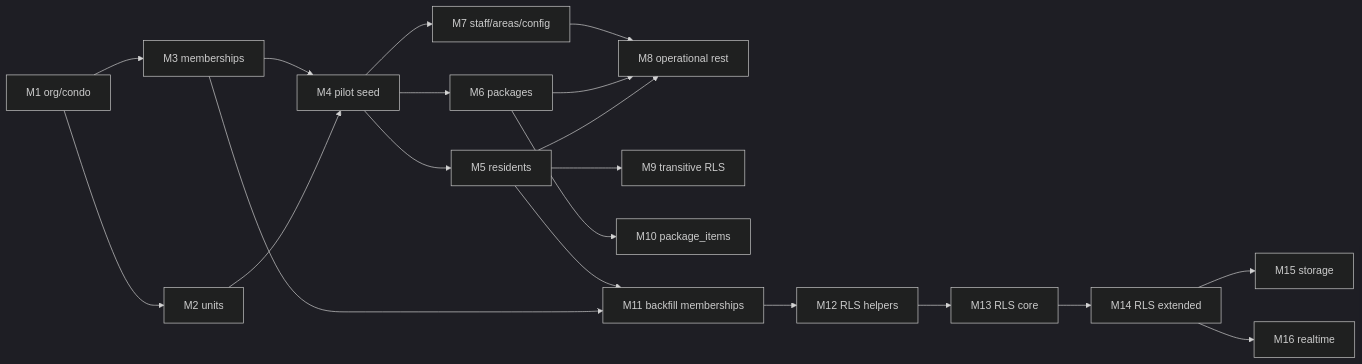
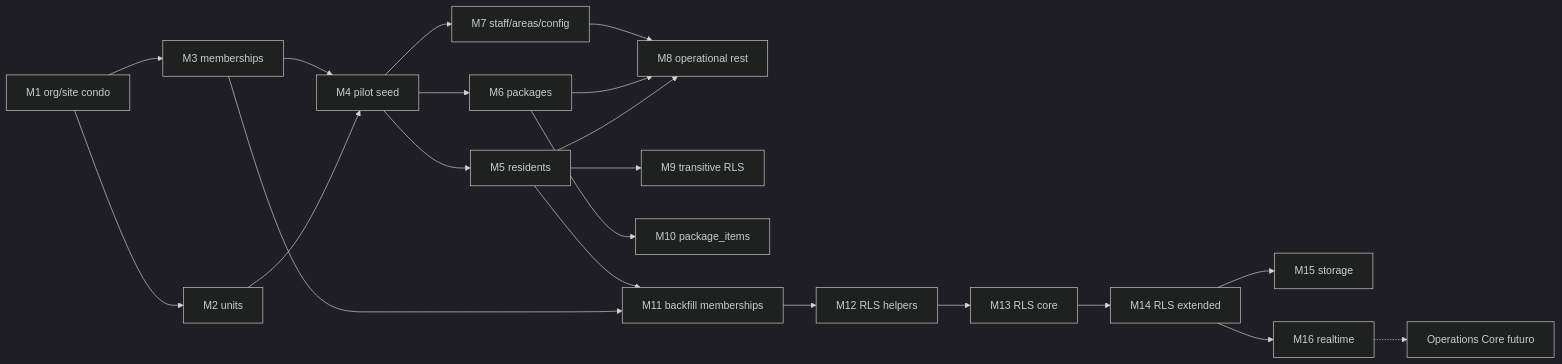
Before and after one commit to agentesian8nautomacao-cyber/App-Qualivida: the diagram in docs/FASE-1-MIGRATION-PLAN.md, drawn with Mermaid (dark theme). The commit also changed other lines of this file and 47 other files, not shown here.

````diff
--- a/docs/FASE-1-MIGRATION-PLAN.md
+++ b/docs/FASE-1-MIGRATION-PLAN.md
@@ -27,22 +44,23 @@
 ```mermaid
 flowchart LR
-  M1[M1 org/condo] --> M2[M2 units]
+  M1[M1 org/site condo] --> M2[M2 units]
   M1 --> M3[M3 memberships]
   M2 --> M4[M4 pilot seed]
   M3 --> M4
   M4 --> M5[M5 residents]
   M4 --> M6[M6 packages]
   M4 --> M7[M7 staff/areas/config]
   M5 --> M8[M8 operational rest]
   M6 --> M8
   M7 --> M8
   M5 --> M9[M9 transitive RLS]
   M6 --> M10[M10 package_items]
   M3 --> M11[M11 backfill memberships]
   M5 --> M11
   M11 --> M12[M12 RLS helpers]
   M12 --> M13[M13 RLS core]
   M13 --> M14[M14 RLS extended]
   M14 --> M15[M15 storage]
   M14 --> M16[M16 realtime]
+  M16 -.-> OC[Operations Core futuro]
 ```
````
